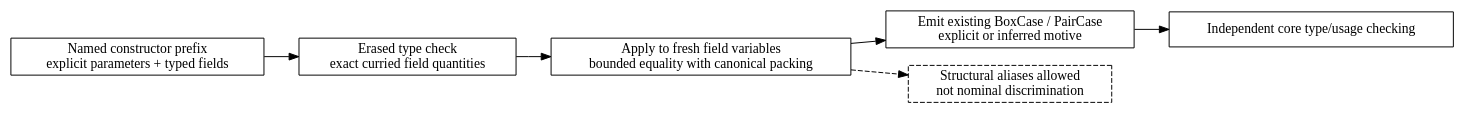
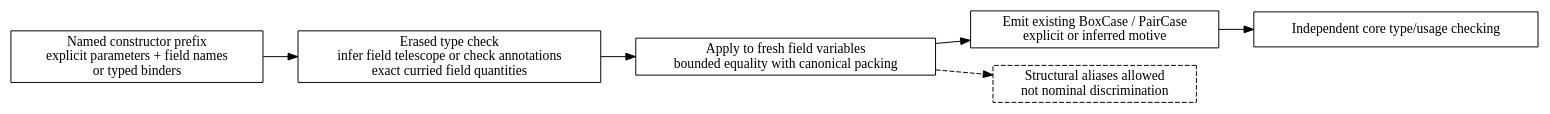
The diagram in docs/diagrams/constructor-patterns.dot (odunboye/fibril), drawn with Graphviz before and after one commit. The commit also changed 19 other files, not shown here.

Commit message:
Infer record pattern field types and quantities from constructor signatures

```diff
--- a/docs/diagrams/constructor-patterns.dot
+++ b/docs/diagrams/constructor-patterns.dot
@@ -1,12 +1,12 @@
 digraph ConstructorPatterns {
   rankdir=LR;
   node [shape=box];
-  source [label="Named constructor prefix\nexplicit parameters + typed fields"];
-  type [label="Erased type check\nexact curried field quantities"];
+  source [label="Named constructor prefix\nexplicit parameters + field names\nor typed binders"];
+  type [label="Erased type check\ninfer field telescope or check annotations\nexact curried field quantities"];
   packing [label="Apply to fresh field variables\nbounded equality with canonical packing"];
   emit [label="Emit existing BoxCase / PairCase\nexplicit or inferred motive"];
   check [label="Independent core type/usage checking"];
   source -> type -> packing -> emit -> check;
   note [label="Structural aliases allowed\nnot nominal discrimination", style=dashed];
   packing -> note [style=dashed];
 }
```
